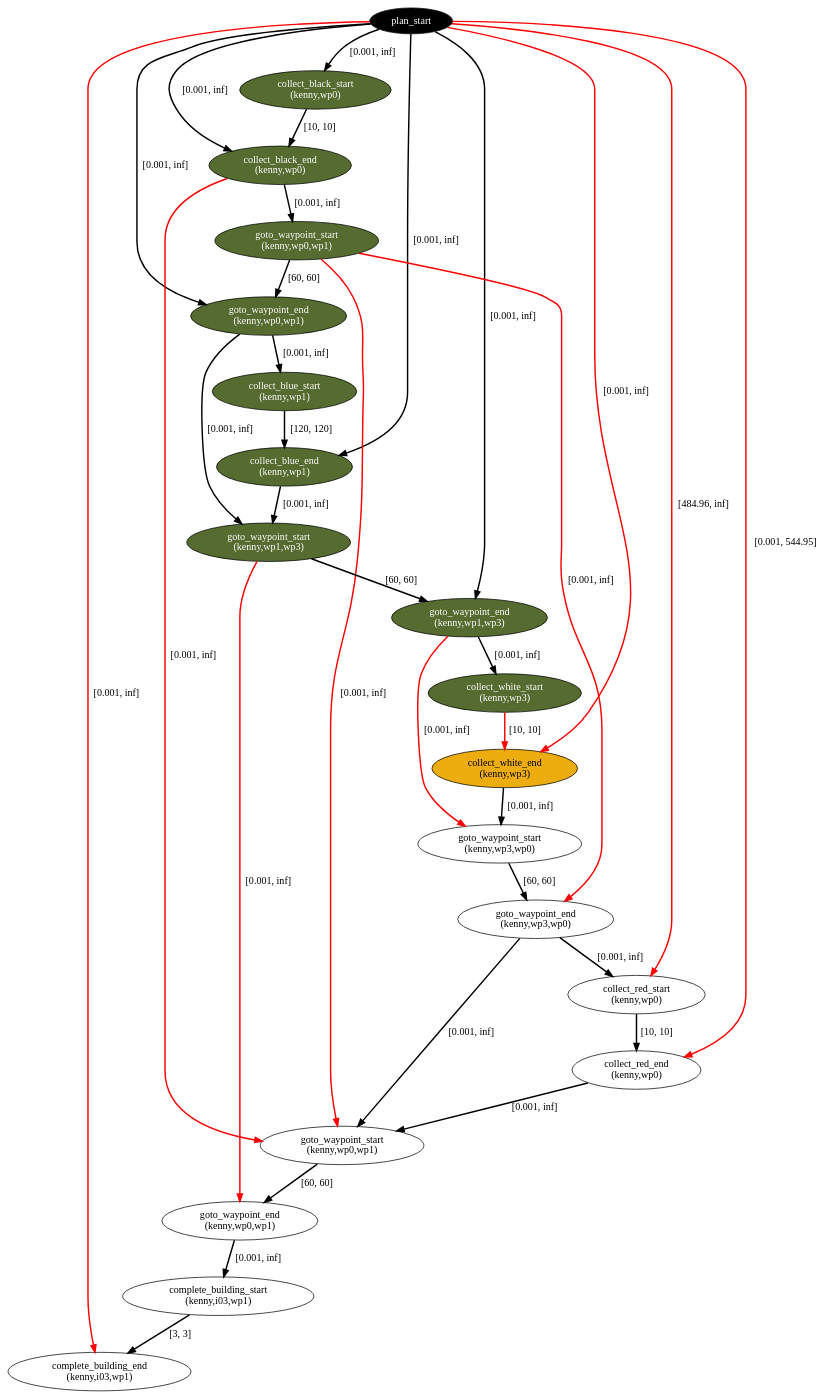
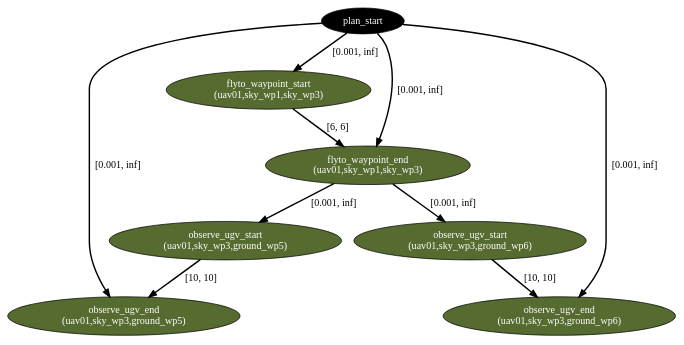
The diagram in scripts/tactical_plan.dot (m312z/rosplan_interface_strategic_redone), drawn with Graphviz before and after one commit. The commit also changed 27 other files, not shown here.

```diff
--- a/scripts/tactical_plan.dot
+++ b/scripts/tactical_plan.dot
@@ -1,72 +1,24 @@
 digraph plan {
 0[ label="plan_start",style=filled,fillcolor=black,fontcolor=white];
-1[ label="collect_black_start
-(kenny,wp0)",style=filled,fillcolor=darkolivegreen,fontcolor=white];
-2[ label="collect_black_end
-(kenny,wp0)",style=filled,fillcolor=darkolivegreen,fontcolor=white];
-3[ label="goto_waypoint_start
-(kenny,wp0,wp1)",style=filled,fillcolor=darkolivegreen,fontcolor=white];
-4[ label="goto_waypoint_end
-(kenny,wp0,wp1)",style=filled,fillcolor=darkolivegreen,fontcolor=white];
-5[ label="collect_blue_start
-(kenny,wp1)",style=filled,fillcolor=darkolivegreen,fontcolor=white];
-6[ label="collect_blue_end
-(kenny,wp1)",style=filled,fillcolor=darkolivegreen,fontcolor=white];
-7[ label="goto_waypoint_start
-(kenny,wp1,wp3)",style=filled,fillcolor=darkolivegreen,fontcolor=white];
-8[ label="goto_waypoint_end
-(kenny,wp1,wp3)",style=filled,fillcolor=darkolivegreen,fontcolor=white];
-9[ label="collect_white_start
-(kenny,wp3)",style=filled,fillcolor=darkolivegreen,fontcolor=white];
-10[ label="collect_white_end
-(kenny,wp3)",style=filled,fillcolor=darkgoldenrod2];
-11[ label="goto_waypoint_start
-(kenny,wp3,wp0)"];
-12[ label="goto_waypoint_end
-(kenny,wp3,wp0)"];
-13[ label="collect_red_start
-(kenny,wp0)"];
-14[ label="collect_red_end
-(kenny,wp0)"];
-15[ label="goto_waypoint_start
-(kenny,wp0,wp1)"];
-16[ label="goto_waypoint_end
-(kenny,wp0,wp1)"];
-17[ label="complete_building_start
-(kenny,i03,wp1)"];
-18[ label="complete_building_end
-(kenny,i03,wp1)"];
+1[ label="flyto_waypoint_start
+(uav01,sky_wp1,sky_wp3)",style=filled,fillcolor=darkolivegreen,fontcolor=white];
+2[ label="flyto_waypoint_end
+(uav01,sky_wp1,sky_wp3)",style=filled,fillcolor=darkolivegreen,fontcolor=white];
+3[ label="observe_ugv_start
+(uav01,sky_wp3,ground_wp5)",style=filled,fillcolor=darkolivegreen,fontcolor=white];
+4[ label="observe_ugv_end
+(uav01,sky_wp3,ground_wp5)",style=filled,fillcolor=darkolivegreen,fontcolor=white];
+5[ label="observe_ugv_start
+(uav01,sky_wp3,ground_wp6)",style=filled,fillcolor=darkolivegreen,fontcolor=white];
+6[ label="observe_ugv_end
+(uav01,sky_wp3,ground_wp6)",style=filled,fillcolor=darkolivegreen,fontcolor=white];
 "0" -> "1" [ label="[0.001, inf]" , penwidth=2, color="black"]
-"1" -> "2" [ label="[10, 10]" , penwidth=2, color="black"]
+"1" -> "2" [ label="[6, 6]" , penwidth=2, color="black"]
 "0" -> "2" [ label="[0.001, inf]" , penwidth=2, color="black"]
 "2" -> "3" [ label="[0.001, inf]" , penwidth=2, color="black"]
-"3" -> "4" [ label="[60, 60]" , penwidth=2, color="black"]
+"2" -> "5" [ label="[0.001, inf]" , penwidth=2, color="black"]
+"3" -> "4" [ label="[10, 10]" , penwidth=2, color="black"]
 "0" -> "4" [ label="[0.001, inf]" , penwidth=2, color="black"]
-"4" -> "5" [ label="[0.001, inf]" , penwidth=2, color="black"]
-"5" -> "6" [ label="[120, 120]" , penwidth=2, color="black"]
+"5" -> "6" [ label="[10, 10]" , penwidth=2, color="black"]
 "0" -> "6" [ label="[0.001, inf]" , penwidth=2, color="black"]
-"4" -> "7" [ label="[0.001, inf]" , penwidth=2, color="black"]
-"6" -> "7" [ label="[0.001, inf]" , penwidth=2, color="black"]
-"7" -> "8" [ label="[60, 60]" , penwidth=2, color="black"]
-"0" -> "8" [ label="[0.001, inf]" , penwidth=2, color="black"]
-"8" -> "9" [ label="[0.001, inf]" , penwidth=2, color="black"]
-"9" -> "10" [ label="[10, 10]" , penwidth=2, color="red"]
-"0" -> "10" [ label="[0.001, inf]" , penwidth=2, color="red"]
-"8" -> "11" [ label="[0.001, inf]" , penwidth=2, color="red"]
-"10" -> "11" [ label="[0.001, inf]" , penwidth=2, color="black"]
-"11" -> "12" [ label="[60, 60]" , penwidth=2, color="black"]
-"3" -> "12" [ label="[0.001, inf]" , penwidth=2, color="red"]
-"12" -> "13" [ label="[0.001, inf]" , penwidth=2, color="black"]
-"0" -> "14" [ label="[0.001, 544.95]" , penwidth=2, color="red"]
-"0" -> "13" [ label="[484.96, inf]" , penwidth=2, color="red"]
-"13" -> "14" [ label="[10, 10]" , penwidth=2, color="black"]
-"12" -> "15" [ label="[0.001, inf]" , penwidth=2, color="black"]
-"14" -> "15" [ label="[0.001, inf]" , penwidth=2, color="black"]
-"3" -> "15" [ label="[0.001, inf]" , penwidth=2, color="red"]
-"2" -> "15" [ label="[0.001, inf]" , penwidth=2, color="red"]
-"15" -> "16" [ label="[60, 60]" , penwidth=2, color="black"]
-"7" -> "16" [ label="[0.001, inf]" , penwidth=2, color="red"]
-"16" -> "17" [ label="[0.001, inf]" , penwidth=2, color="black"]
-"17" -> "18" [ label="[3, 3]" , penwidth=2, color="black"]
-"0" -> "18" [ label="[0.001, inf]" , penwidth=2, color="red"]
 }
```
